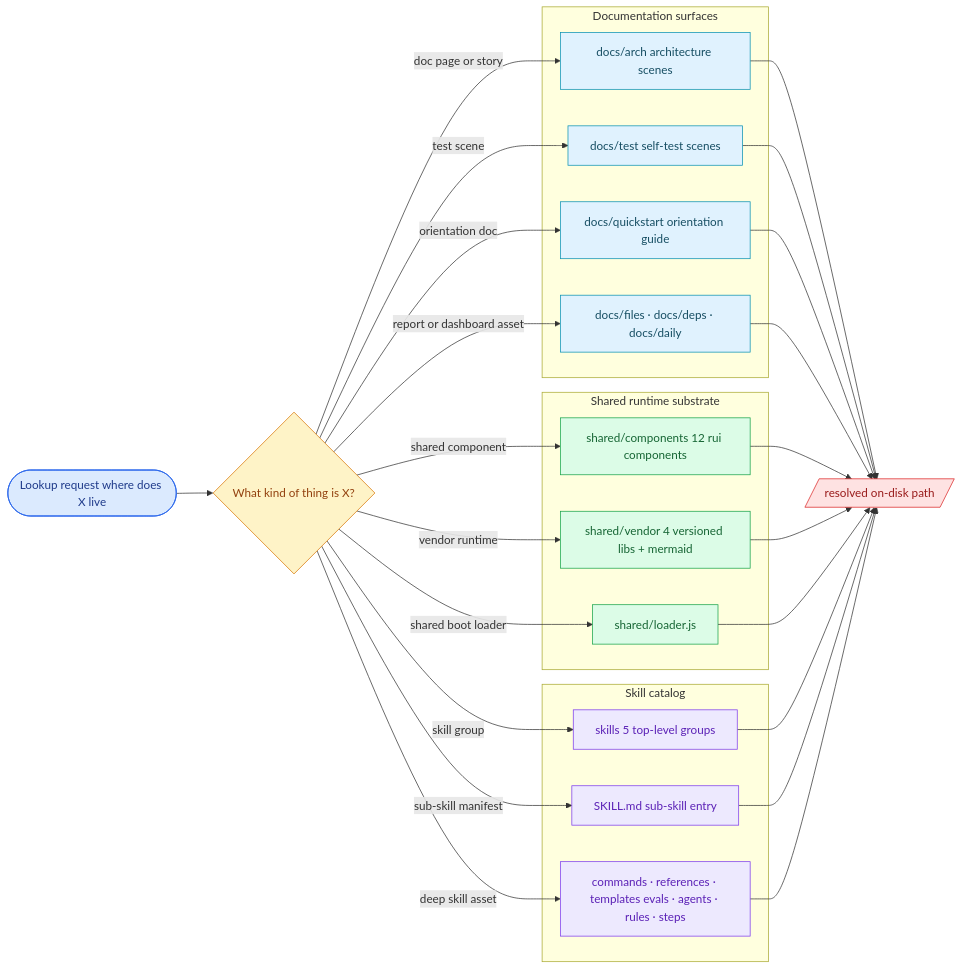
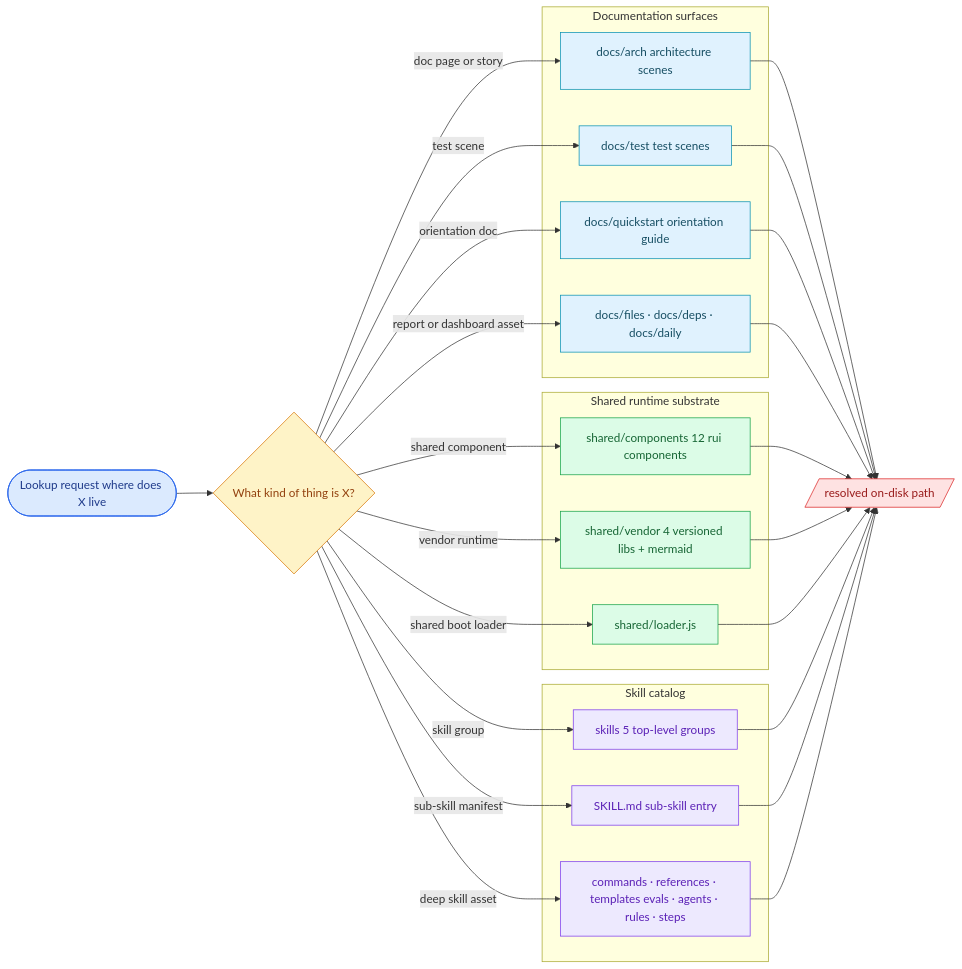
One commit to effiy/YrY changed the diagram in .claude/docs/arch/scene-1-module-location/index.md. Above: the diagram before and after it, drawn with Mermaid. The commit also changed 37 other files, not shown here.

First line of the commit message:
refactor(rui-reports): rename self-test to test

````diff
--- a/.claude/docs/arch/scene-1-module-location/index.md
+++ b/.claude/docs/arch/scene-1-module-location/index.md
@@ -9,54 +9,54 @@
 ```mermaid
 flowchart LR
   query([Lookup request where does X live]):::entry --> kind{What kind of thing is X?}:::decision
 
   subgraph docs[Documentation surfaces]
     arch[docs/arch architecture scenes]:::surface
-    test[docs/test self-test scenes]:::surface
+    test[docs/test test scenes]:::surface
     quick[docs/quickstart orientation guide]:::surface
     report[docs/files · docs/deps · docs/daily]:::surface
   end
 
   subgraph shared[Shared runtime substrate]
     comps[shared/components 12 rui components]:::shared
     vendor[shared/vendor 4 versioned libs + mermaid]:::shared
     loader[shared/loader.js]:::shared
   end
 
   subgraph skills[Skill catalog]
     groups[skills 5 top-level groups]:::group
     leaf[SKILL.md sub-skill entry]:::group
     assets[commands · references · templates evals · agents · rules · steps]:::group
   end
 
   answer[/resolved on-disk path/]:::output
 
   kind -->|doc page or story| arch
   kind -->|test scene| test
   kind -->|orientation doc| quick
   kind -->|report or dashboard asset| report
   kind -->|shared component| comps
   kind -->|vendor runtime| vendor
   kind -->|shared boot loader| loader
   kind -->|skill group| groups
   kind -->|sub-skill manifest| leaf
   kind -->|deep skill asset| assets
 
   arch --> answer
   test --> answer
   quick --> answer
   report --> answer
   comps --> answer
   vendor --> answer
   loader --> answer
   groups --> answer
   leaf --> answer
   assets --> answer
 
   classDef entry fill:#dbeafe,stroke:#2563eb,color:#1e3a8a
   classDef decision fill:#fef3c7,stroke:#d97706,color:#92400e
   classDef surface fill:#e0f2fe,stroke:#0891b2,color:#164e63
   classDef shared fill:#dcfce7,stroke:#16a34a,color:#166534
   classDef group fill:#ede9fe,stroke:#7c3aed,color:#5b21b6
   classDef output fill:#fee2e2,stroke:#dc2626,color:#991b1b
 ```
````
